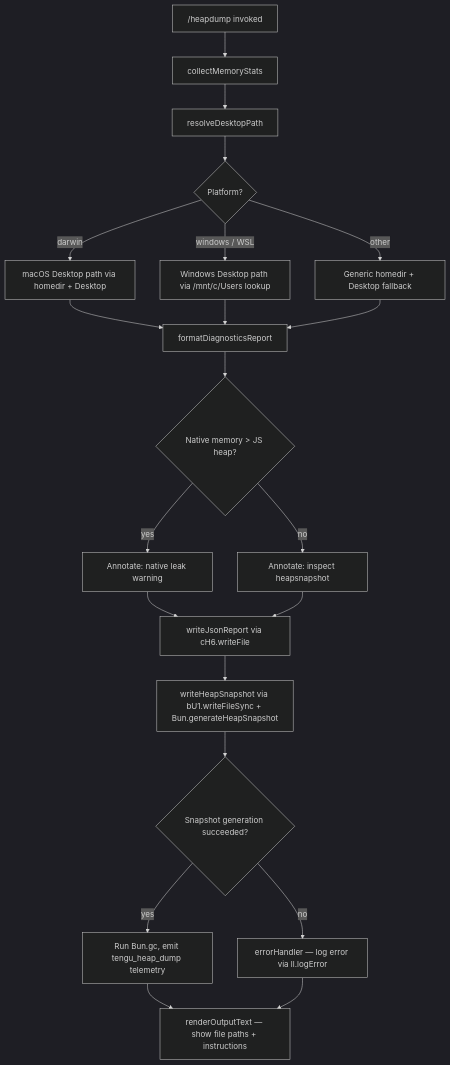
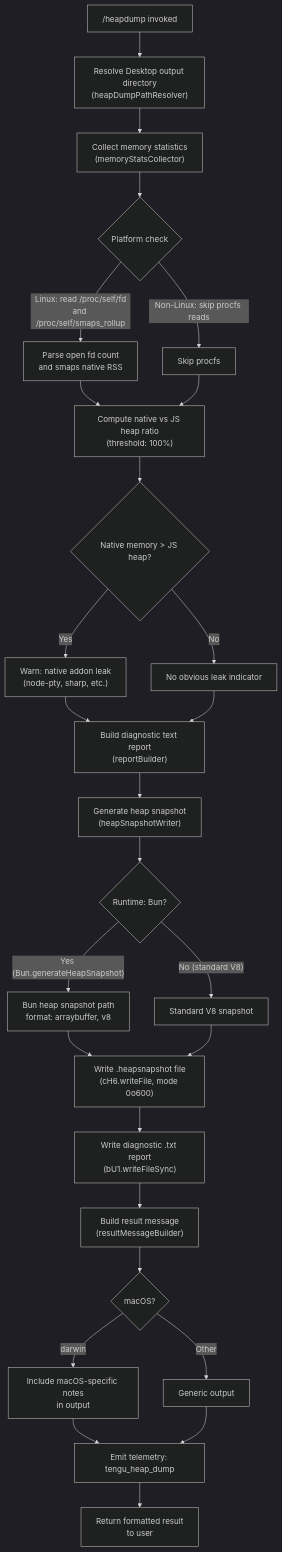
The diagram in versions/v2.1.150/heapdump.md (MyLittleLuckyDog/cc-gnothi), drawn with Mermaid (dark theme) before and after one commit. The commit also changed other lines of this file and 496 other files, not shown here.

````diff
--- a/versions/v2.1.150/heapdump.md
+++ b/versions/v2.1.150/heapdump.md
@@ -53,20 +56,29 @@
 ```mermaid
 flowchart TD
-    A["/heapdump invoked"] --> B[collectMemoryStats]
-    B --> C[resolveDesktopPath]
-    C --> D{Platform?}
-    D -->|darwin| E[macOS Desktop path via homedir + Desktop]
-    D -->|windows / WSL| F[Windows Desktop path via /mnt/c/Users lookup]
-    D -->|other| G[Generic homedir + Desktop fallback]
-    E & F & G --> H[formatDiagnosticsReport]
-    H --> I{Native memory > JS heap?}
-    I -->|yes| J[Annotate: native leak warning]
-    I -->|no| K[Annotate: inspect heapsnapshot]
-    J & K --> L[writeJsonReport via cH6.writeFile]
-    L --> M[writeHeapSnapshot via bU1.writeFileSync + Bun.generateHeapSnapshot]
-    M --> N{Snapshot generation succeeded?}
-    N -->|yes| O[Run Bun.gc, emit tengu_heap_dump telemetry]
-    N -->|no| P[errorHandler — log error via ll.logError]
-    O --> Q[renderOutputText — show file paths + instructions]
-    P --> Q
+    A["/heapdump invoked"] --> B["Resolve Desktop output directory\n(heapDumpPathResolver)"]
+    B --> C["Collect memory statistics\n(memoryStatsCollector)"]
+    C --> D{"Platform check"}
+    D -- "Linux: read /proc/self/fd\nand /proc/self/smaps_rollup" --> E["Parse open fd count\nand smaps native RSS"]
+    D -- "Non-Linux: skip procfs reads" --> F["Skip procfs"]
+    E --> G["Compute native vs JS heap ratio\n(threshold: 100%)"]
+    F --> G
+    G --> H{"Native memory > JS heap?"}
+    H -- "Yes" --> I["Warn: native addon leak\n(node-pty, sharp, etc.)"]
+    H -- "No" --> J["No obvious leak indicator"]
+    I --> K["Build diagnostic text report\n(reportBuilder)"]
+    J --> K
+    K --> L["Generate heap snapshot\n(heapSnapshotWriter)"]
+    L --> M{"Runtime: Bun?"}
+    M -- "Yes (Bun.generateHeapSnapshot)" --> N["Bun heap snapshot path\nformat: arraybuffer, v8"]
+    M -- "No (standard V8)" --> O["Standard V8 snapshot"]
+    N --> P["Write .heapsnapshot file\n(cH6.writeFile, mode 0o600)"]
+    O --> P
+    P --> Q["Write diagnostic .txt report\n(bU1.writeFileSync)"]
+    Q --> R["Build result message\n(resultMessageBuilder)"]
+    R --> S{"macOS?"}
+    S -- "darwin" --> T["Include macOS-specific notes\nin output"]
+    S -- "Other" --> U["Generic output"]
+    T --> V["Emit telemetry: tengu_heap_dump"]
+    U --> V
+    V --> W["Return formatted result\nto user"]
 ```
````
